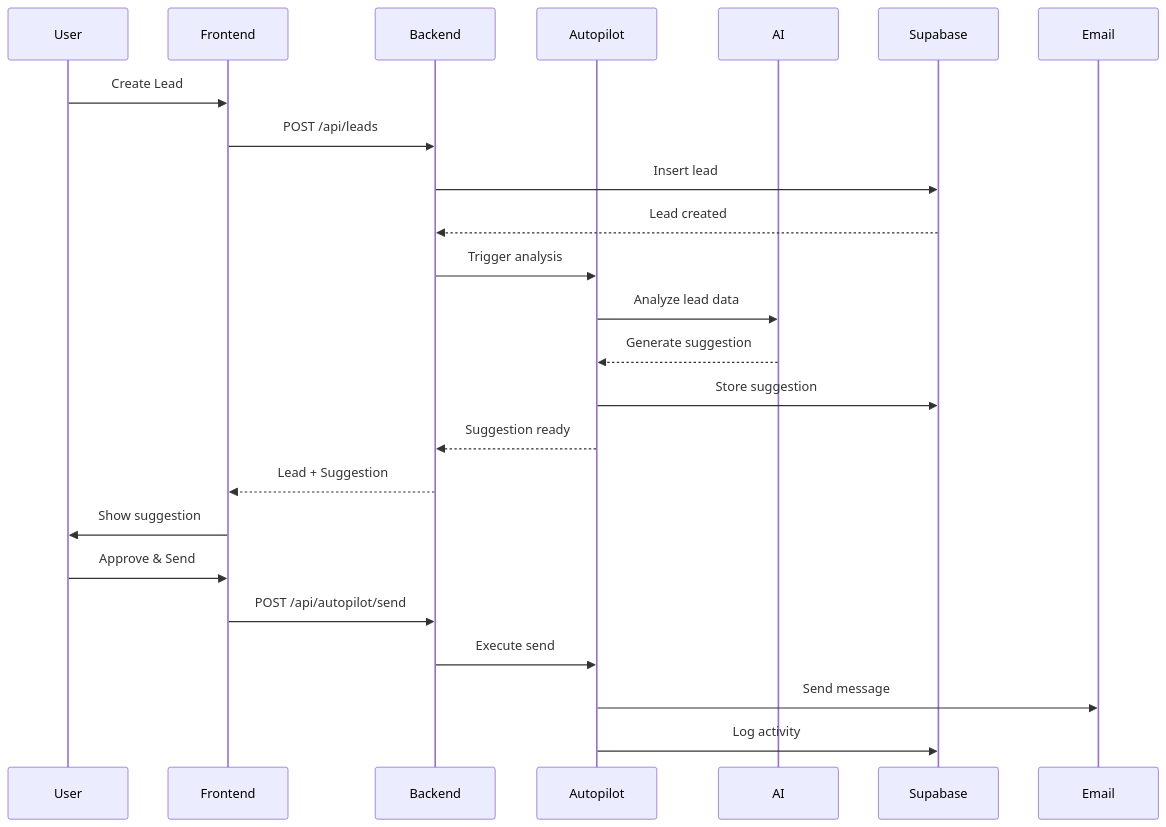
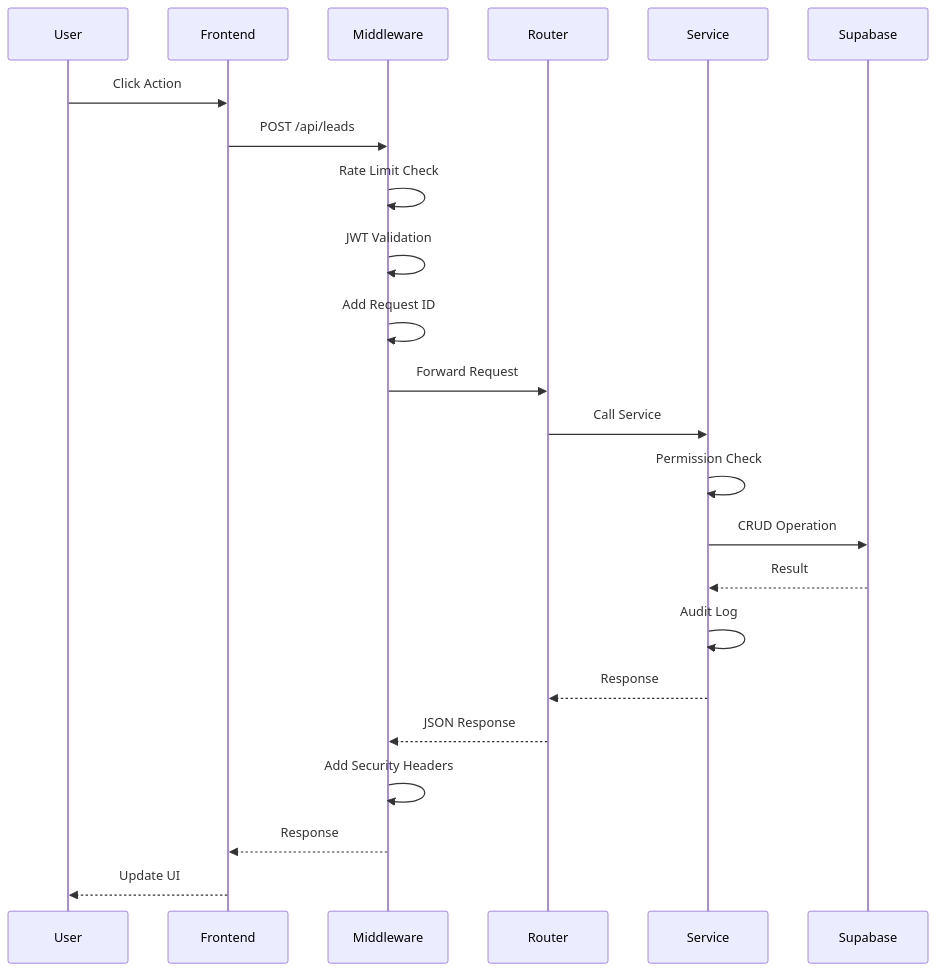
The second of 3 diagrams in salesflow-ai/docs/developer/architecture.md (alexanderlipovics-cell/salesflow-ai), drawn with Mermaid before and after one commit. The commit also changed other lines of this file and 92 other files, not shown here.

````diff
--- a/salesflow-ai/docs/developer/architecture.md
+++ b/salesflow-ai/docs/developer/architecture.md
@@ -210,28 +63,26 @@
 ```mermaid
 sequenceDiagram
-    participant User
-    participant Frontend
-    participant Backend
-    participant Autopilot
-    participant AI
-    participant Supabase
+    participant U as User
+    participant F as Frontend
+    participant M as Middleware
+    participant R as Router
+    participant S as Service
+    participant DB as Supabase
 
-    User->>Frontend: Create Lead
-    Frontend->>Backend: POST /api/leads
-    Backend->>Supabase: Insert lead
-    Supabase-->>Backend: Lead created
-    
-    Backend->>Autopilot: Trigger analysis
-    Autopilot->>AI: Analyze lead data
-    AI-->>Autopilot: Generate suggestion
-    Autopilot->>Supabase: Store suggestion
-    Autopilot-->>Backend: Suggestion ready
-    Backend-->>Frontend: Lead + Suggestion
-    
-    Frontend->>User: Show suggestion
-    User->>Frontend: Approve & Send
-    Frontend->>Backend: POST /api/autopilot/send
-    Backend->>Autopilot: Execute send
-    Autopilot->>Email: Send message
-    Autopilot->>Supabase: Log activity
+    U->>F: Click Action
+    F->>M: POST /api/leads
+    M->>M: Rate Limit Check
+    M->>M: JWT Validation
+    M->>M: Add Request ID
+    M->>R: Forward Request
+    R->>S: Call Service
+    S->>S: Permission Check
+    S->>DB: CRUD Operation
+    DB-->>S: Result
+    S->>S: Audit Log
+    S-->>R: Response
+    R-->>M: JSON Response
+    M->>M: Add Security Headers
+    M-->>F: Response
+    F-->>U: Update UI
 ```
````
